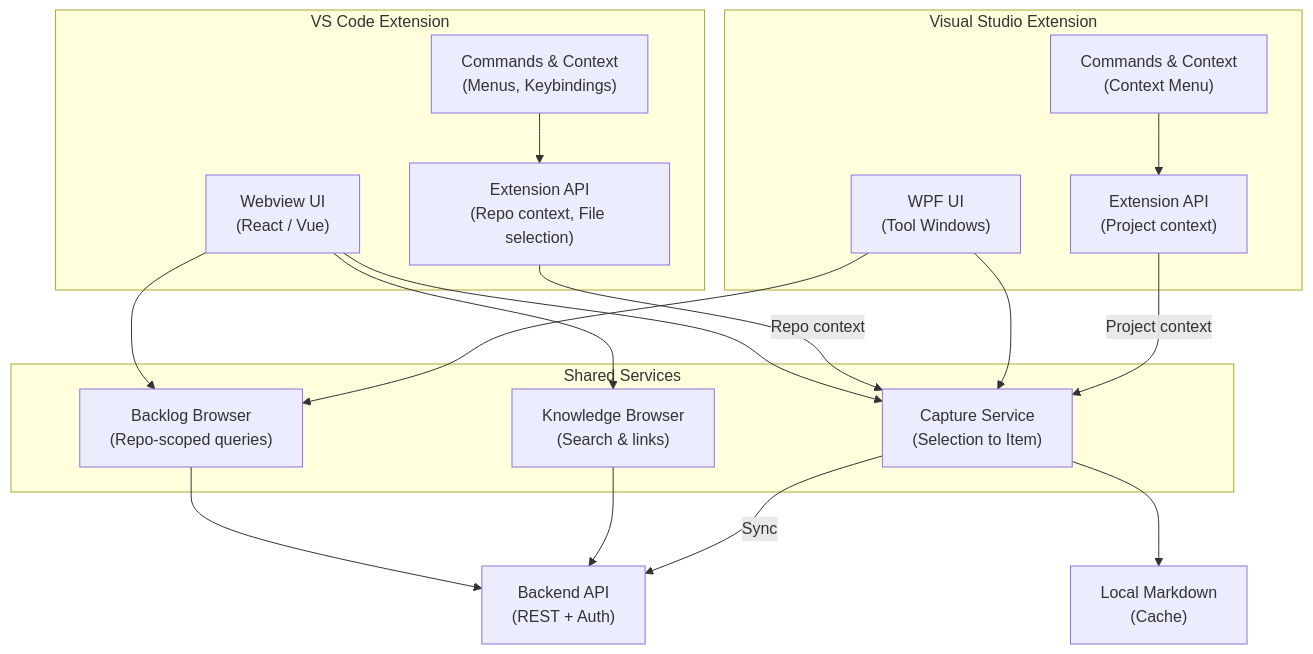
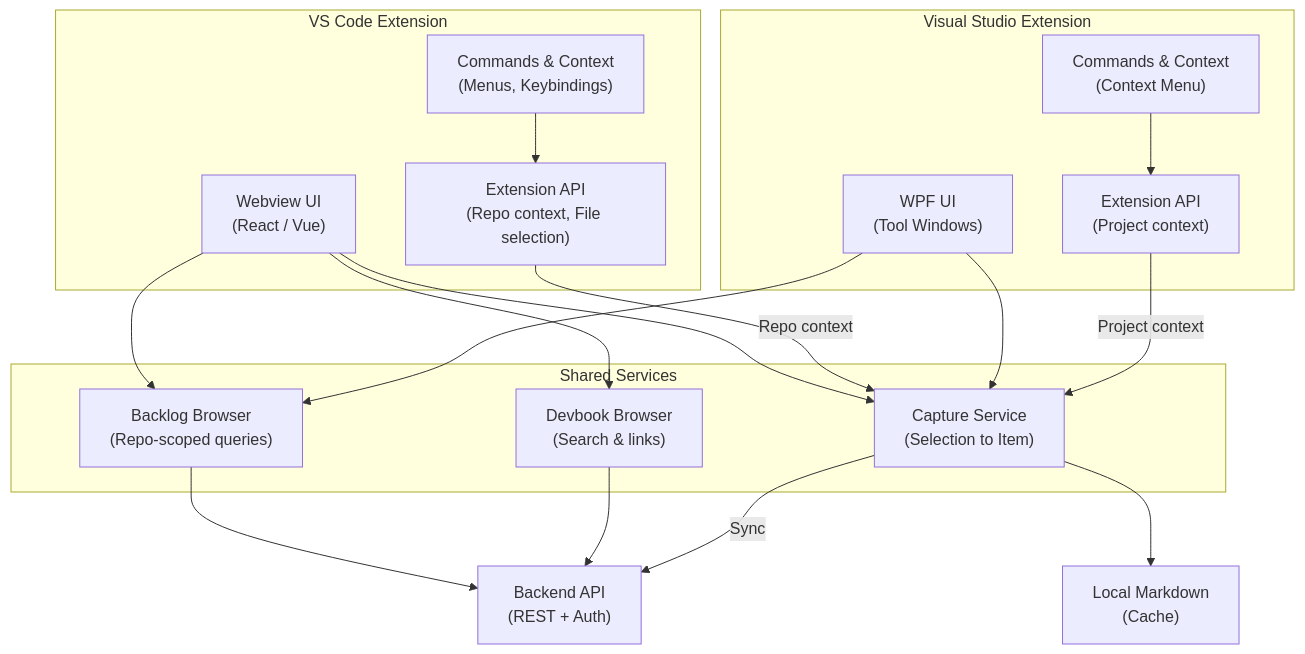
One commit to JSdotNet/Backlog changed the fifth of 6 diagrams in .arc42/05-building-block-view.md. Above: the diagram before and after it, drawn with Mermaid. The commit also changed other lines of this file and 57 other files, not shown here.

````diff
--- a/.arc42/05-building-block-view.md
+++ b/.arc42/05-building-block-view.md
@@ -305,39 +305,39 @@
 ```mermaid
 graph TB
   subgraph "VS Code Extension"
     UI["Webview UI\n(React / Vue)"]
     Commands["Commands & Context\n(Menus, Keybindings)"]
     ExtAPI["Extension API\n(Repo context, File selection)"]
   end
 
   subgraph "Visual Studio Extension"
     VSUI["WPF UI\n(Tool Windows)"]
     VSCmd["Commands & Context\n(Context Menu)"]
     VSAPI["Extension API\n(Project context)"]
   end
 
   subgraph "Shared Services"
     Capture["Capture Service\n(Selection to Item)"]
     Browse["Backlog Browser\n(Repo-scoped queries)"]
-    KnowBrowser["Knowledge Browser\n(Search & links)"]
+    KnowBrowser["Devbook Browser\n(Search & links)"]
   end
 
   API["Backend API\n(REST + Auth)"]
   LocalStore["Local Markdown\n(Cache)"]
 
   UI --> Capture
   UI --> Browse
   UI --> KnowBrowser
   Commands --> ExtAPI
   ExtAPI -->|Repo context| Capture
 
   VSUI --> Capture
   VSUI --> Browse
   VSCmd --> VSAPI
   VSAPI -->|Project context| Capture
 
   Capture --> LocalStore
   Browse --> API
   KnowBrowser --> API
   Capture -->|Sync| API
 ```
````
